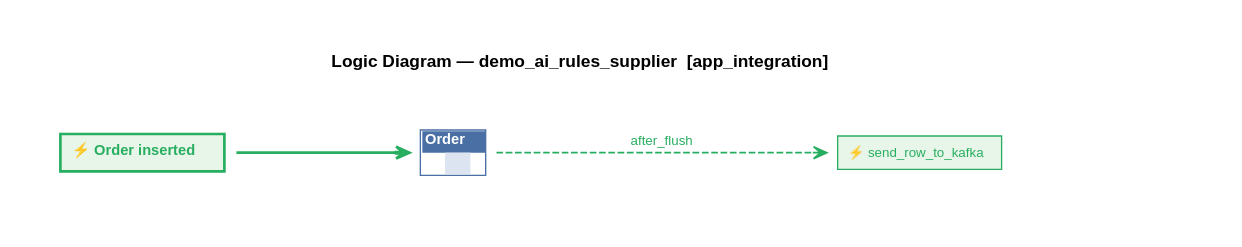
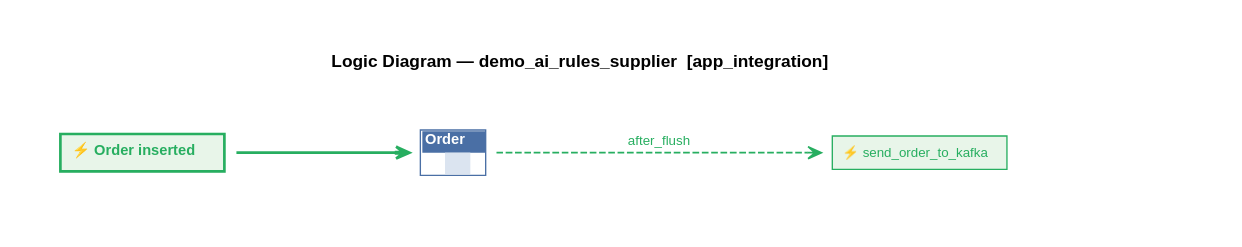
The diagram in api_logic_server_cli/prototypes/manager/samples/basic_demo_ai_rules-supplier/docs/requirements/app_integration/logic_diagrams/logic_diagram_app_integration.dot (ApiLogicServer/ApiLogicServer-src), drawn with Graphviz before and after one commit. The commit also changed 89 other files, not shown here.

```diff
--- a/api_logic_server_cli/prototypes/manager/samples/basic_demo_ai_rules-supplier/docs/requirements/app_integration/logic_diagrams/logic_diagram_app_integration.dot
+++ b/api_logic_server_cli/prototypes/manager/samples/basic_demo_ai_rules-supplier/docs/requirements/app_integration/logic_diagrams/logic_diagram_app_integration.dot
@@ -1,28 +1,28 @@
 digraph logic {
   graph [rankdir=TB, fontname="Helvetica", fontsize=13,
          label=<<B>Logic Diagram — demo_ai_rules_supplier  [app_integration]</B>>, labelloc=t,
          pad=0.4, nodesep=0.90, ranksep=1.10, bgcolor="white",
          splines=spline]
   node  [fontname="Helvetica", fontsize=11, shape=plaintext]
   edge  [fontname="Helvetica", fontsize=10]
 
   // ── trigger ─────────────────────────────────────────────────────
   TRIGGER [label=<<TABLE BORDER="2" CELLBORDER="0" CELLPADDING="5" BGCOLOR="#e8f5e9" COLOR="#27ae60"><TR><TD><FONT COLOR="#27ae60"><B>&#9889; Order inserted</B></FONT></TD></TR></TABLE>>, shape=plaintext]
 
   // ── schema layer ──────────────────────────────────────────────────
   Order [label=<<TABLE BORDER="1" CELLBORDER="0" CELLSPACING="0" COLOR="#4a6fa5"><TR><TD COLSPAN="3" BGCOLOR="#4a6fa5"><FONT COLOR="white"><B> Order </B></FONT></TD></TR><TR><TD></TD><TD BGCOLOR="#dbe4f0"><FONT COLOR="#1a1a2e">  </FONT></TD><TD></TD></TR></TABLE>>]
   // ── rank groupings ────────────────────────────────────────────────
   { rank=min; Order; TRIGGER }
 
   // ── trigger edge ──────────────────────────────────────────────
   TRIGGER -> Order [color="#27ae60", style=bold, arrowhead=vee, penwidth=2, weight=10]
 
   // ── logic edges ────────────────────────────────────────────────────
 
   // ── events (right cluster) ─────────────────────────────────────
   subgraph cluster_events {
     style=invis
-    evt_send_row_to_kafka [label=<<TABLE BORDER="1" CELLBORDER="0" CELLPADDING="4" BGCOLOR="#e8f5e9" COLOR="#27ae60"><TR><TD><FONT COLOR="#27ae60" POINT-SIZE="10">&#9889; send_row_to_kafka</FONT></TD></TR></TABLE>>, shape=plaintext]
+    evt_send_order_to_kafka [label=<<TABLE BORDER="1" CELLBORDER="0" CELLPADDING="4" BGCOLOR="#e8f5e9" COLOR="#27ae60"><TR><TD><FONT COLOR="#27ae60" POINT-SIZE="10">&#9889; send_order_to_kafka</FONT></TD></TR></TABLE>>, shape=plaintext]
   }
-  Order -> evt_send_row_to_kafka [label="after_flush", color="#27ae60", style=dashed, arrowhead=open, penwidth=1.2, fontcolor="#27ae60", constraint=false]
+  Order -> evt_send_order_to_kafka [label="after_flush", color="#27ae60", style=dashed, arrowhead=open, penwidth=1.2, fontcolor="#27ae60", constraint=false]
 }
```
